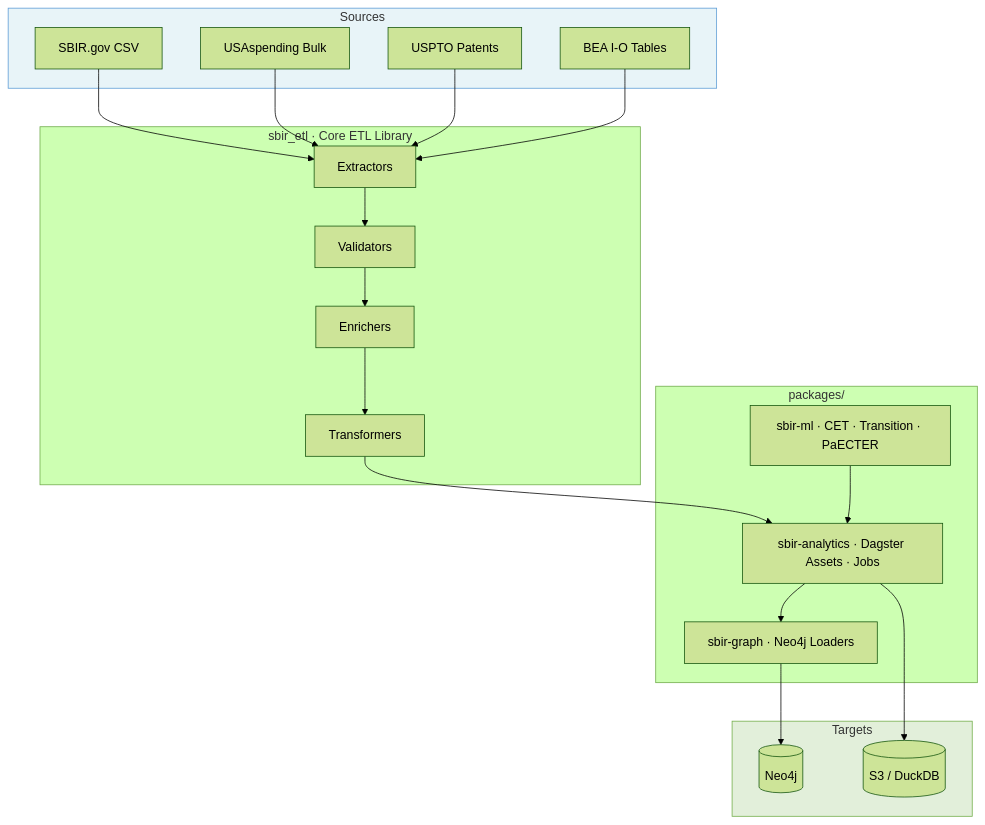
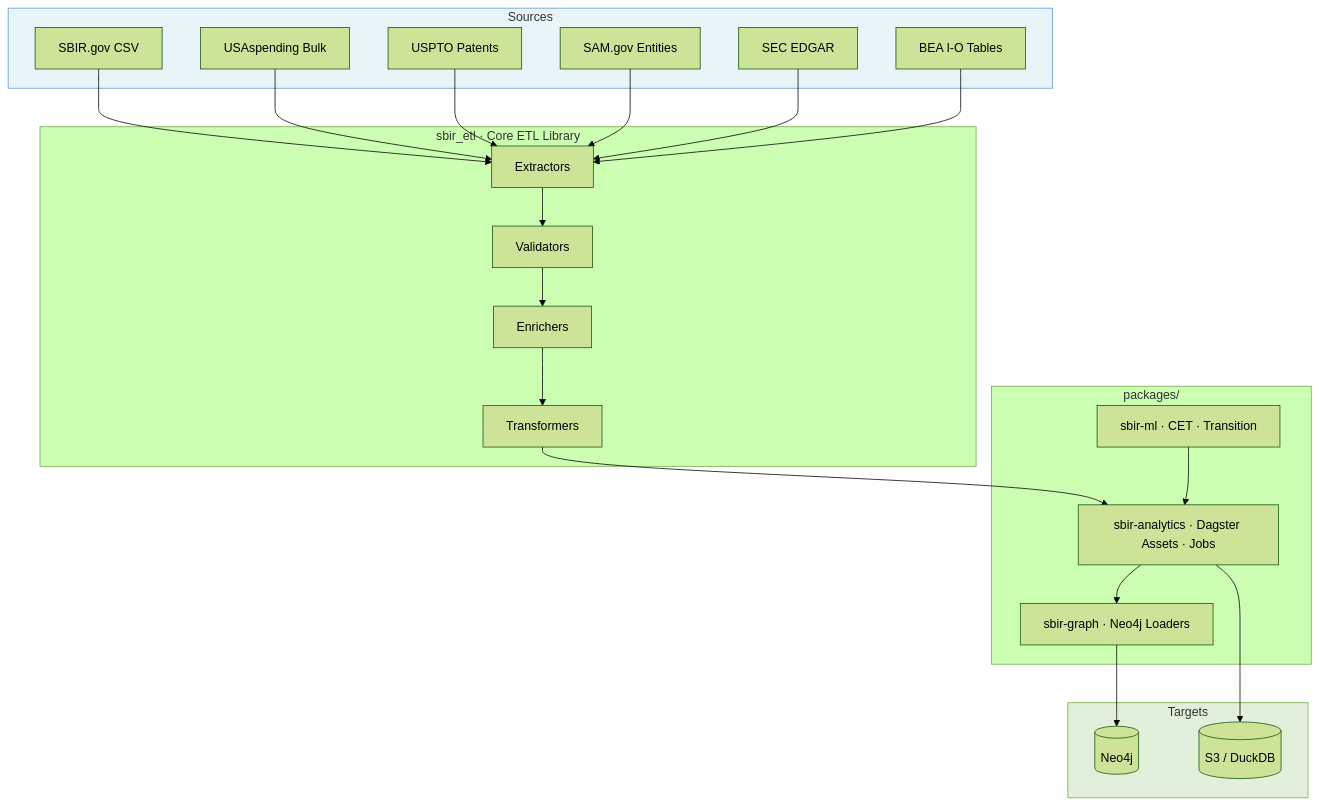
One commit to hollomancer/sbir-analytics changed the diagram in README.md. Above: the diagram before and after it, drawn with Mermaid (forest theme). The commit also changed other lines of this file, not shown here.

First line of the commit message:
docs: update README — remove PaECTER, add SEC EDGAR and SAM.gov

````diff
--- a/README.md
+++ b/README.md
@@ -99,37 +100,39 @@
 ```mermaid
 graph TD
     subgraph Sources
         SBIR[SBIR.gov CSV]
         USA[USAspending Bulk]
         USPTO[USPTO Patents]
+        SAM[SAM.gov Entities]
+        SEC[SEC EDGAR]
         BEA[BEA I-O Tables]
     end
 
     subgraph "sbir_etl  · Core ETL Library"
         EXT[Extractors]
         VAL[Validators]
         ENR[Enrichers]
         TRN[Transformers]
     end
 
     subgraph "packages/"
-        ML["sbir-ml · CET · Transition · PaECTER"]
+        ML["sbir-ml · CET · Transition"]
         AN["sbir-analytics · Dagster Assets · Jobs"]
         GR["sbir-graph · Neo4j Loaders"]
     end
 
     subgraph Targets
         NEO4J[(Neo4j)]
         S3[(S3 / DuckDB)]
     end
 
-    SBIR & USA & USPTO & BEA --> EXT
+    SBIR & USA & USPTO & SAM & SEC & BEA --> EXT
     EXT --> VAL --> ENR --> TRN
     TRN --> AN
     ML --> AN
     AN --> GR --> NEO4J
     AN --> S3
 
     style Sources fill:#e8f4f8,stroke:#5b9bd5
     style Targets fill:#e2efda,stroke:#70ad47
 ```
````
